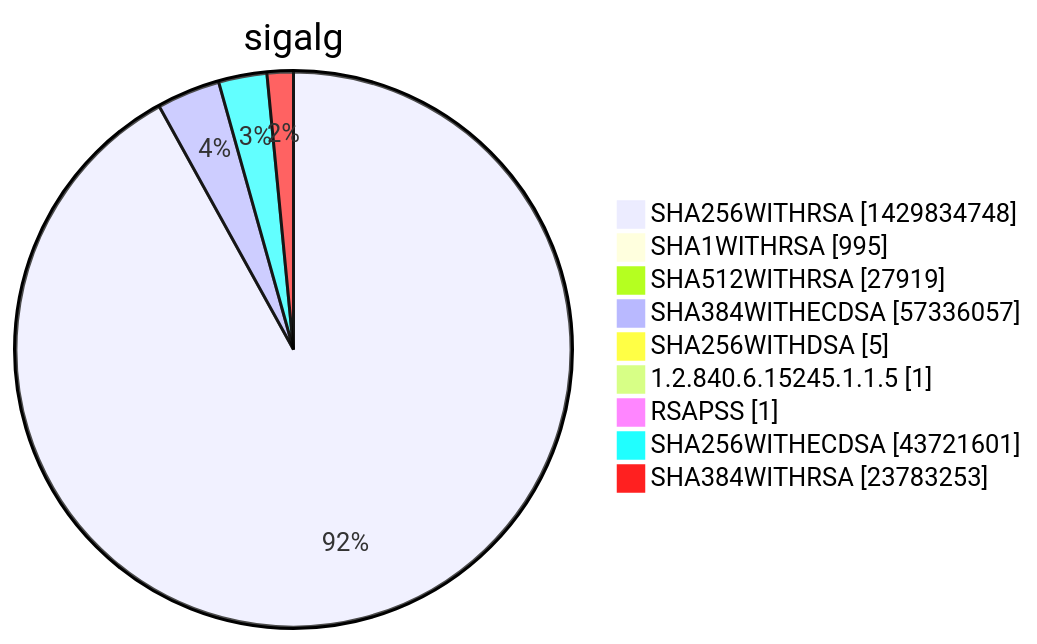
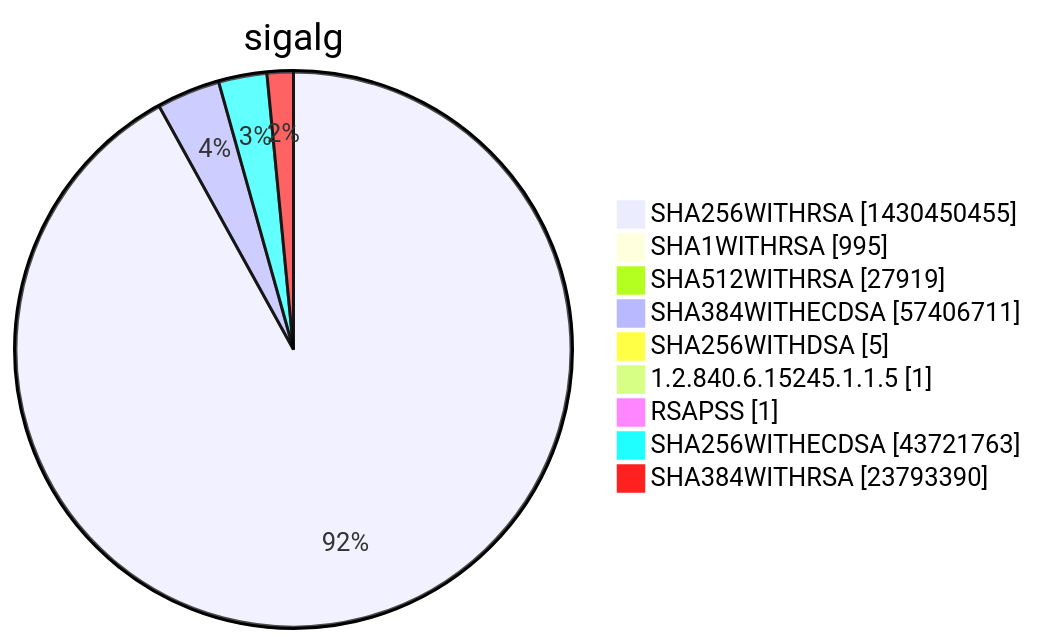
One commit to christiankrug/ctmonitor_visualization changed diagram 15 of 15 in xenon2022/README.md. Above: the diagram before and after it, drawn with Mermaid. The commit also changed other lines of this file, not shown here.

````diff
--- a/xenon2022/README.md
+++ b/xenon2022/README.md
@@ -5860,13 +5860,13 @@
 ```mermaid
 pie showData
 title sigalg
-"SHA256WITHRSA" :1429834748
+"SHA256WITHRSA" :1430450455
 "SHA1WITHRSA" :995
 "SHA512WITHRSA" :27919
-"SHA384WITHECDSA" :57336057
+"SHA384WITHECDSA" :57406711
 "SHA256WITHDSA" :5
 "1.2.840.6.15245.1.1.5" :1
 "RSAPSS" :1
-"SHA256WITHECDSA" :43721601
-"SHA384WITHRSA" :23783253
+"SHA256WITHECDSA" :43721763
+"SHA384WITHRSA" :23793390
 ```
````
